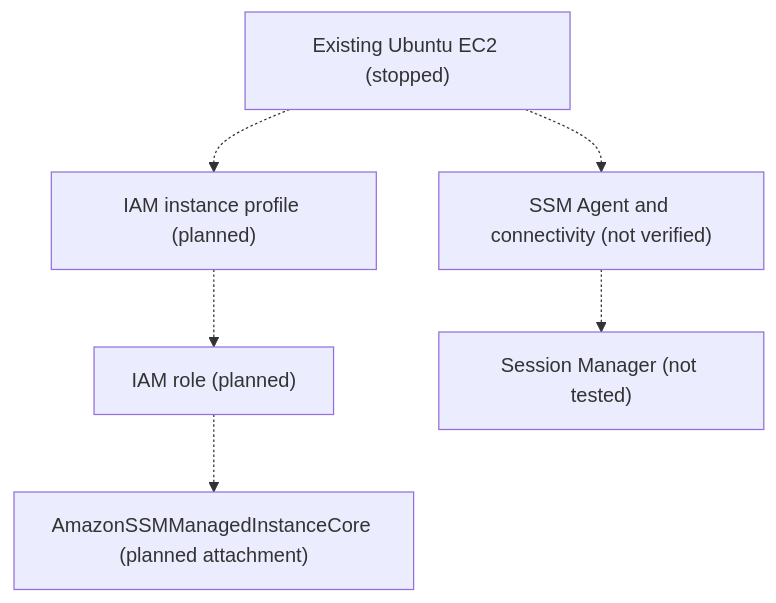
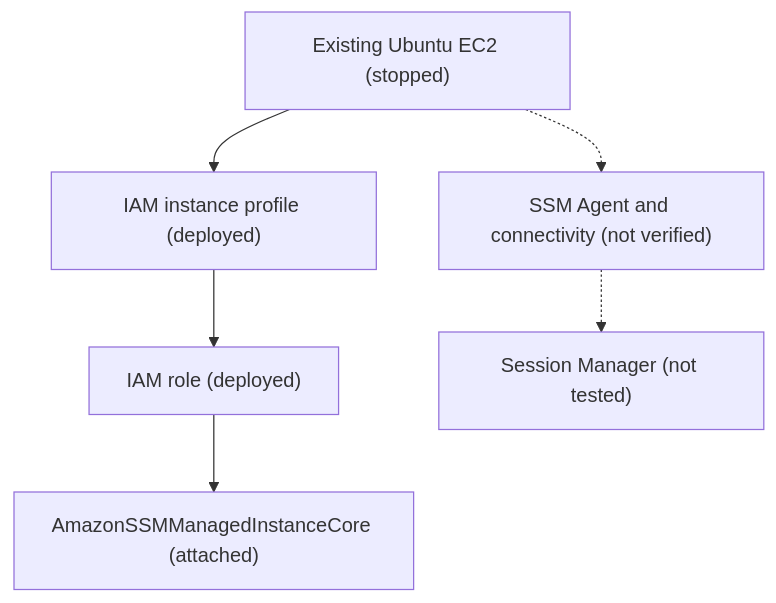
The second of 2 diagrams in README.md (danielukorie-debug/terraform-aws-ec2-lab), drawn with Mermaid before and after one commit. The commit also changed other lines of this file and 1 other file, not shown here.

Commit message:
Document verified AWS SSM IAM deployment

````diff
--- a/README.md
+++ b/README.md
@@ -208,15 +206,15 @@
 ```mermaid
 flowchart TD
     EC2["Existing Ubuntu EC2 (stopped)"]
-    Profile["IAM instance profile (planned)"]
-    Role["IAM role (planned)"]
-    Policy["AmazonSSMManagedInstanceCore (planned attachment)"]
+    Profile["IAM instance profile (deployed)"]
+    Role["IAM role (deployed)"]
+    Policy["AmazonSSMManagedInstanceCore (attached)"]
     Agent["SSM Agent and connectivity (not verified)"]
     Session["Session Manager (not tested)"]
 
-    EC2 -.-> Profile
-    Profile -.-> Role
-    Role -.-> Policy
+    EC2 --> Profile
+    Profile --> Role
+    Role --> Policy
     EC2 -.-> Agent
     Agent -.-> Session
 ```
````
